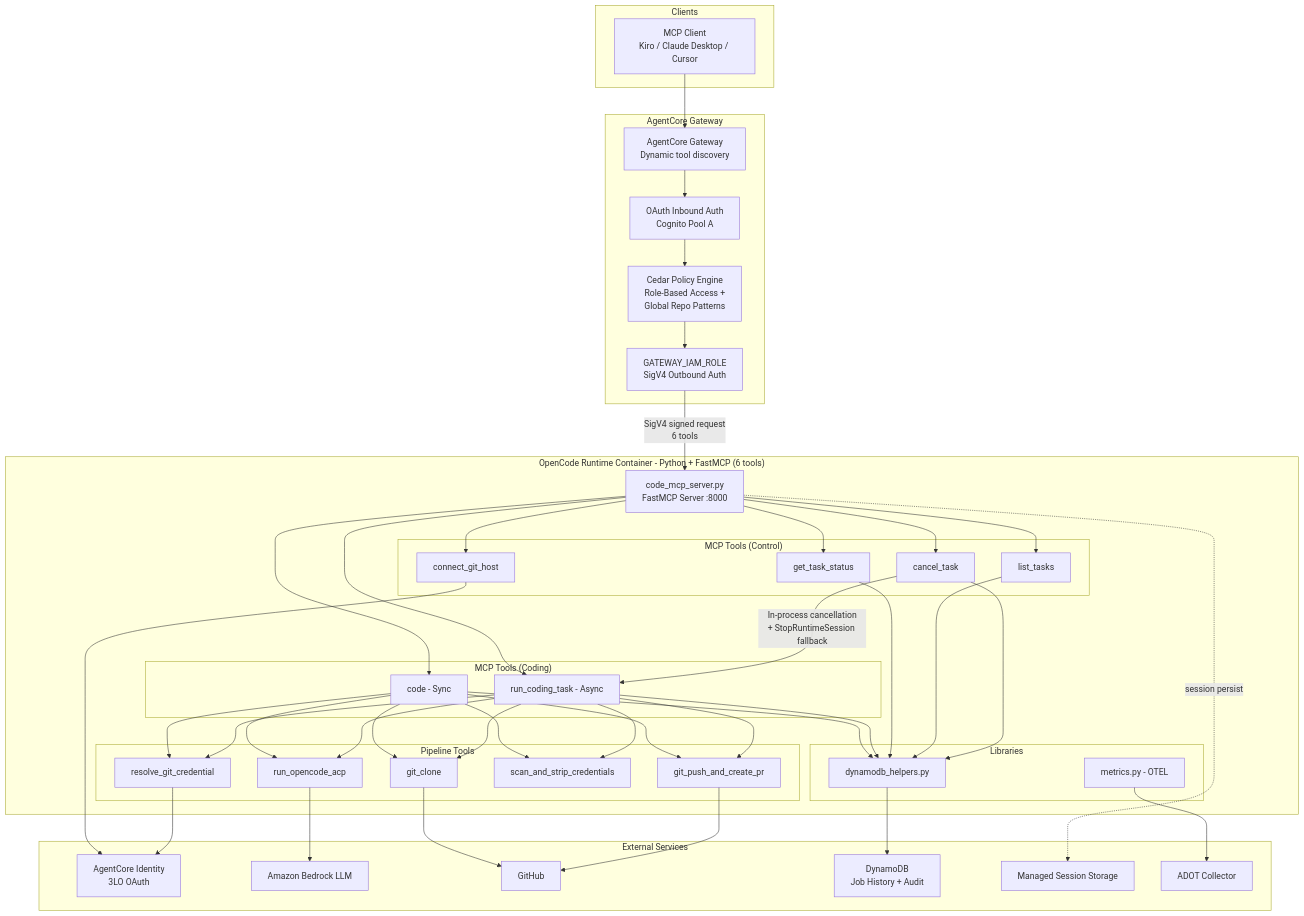
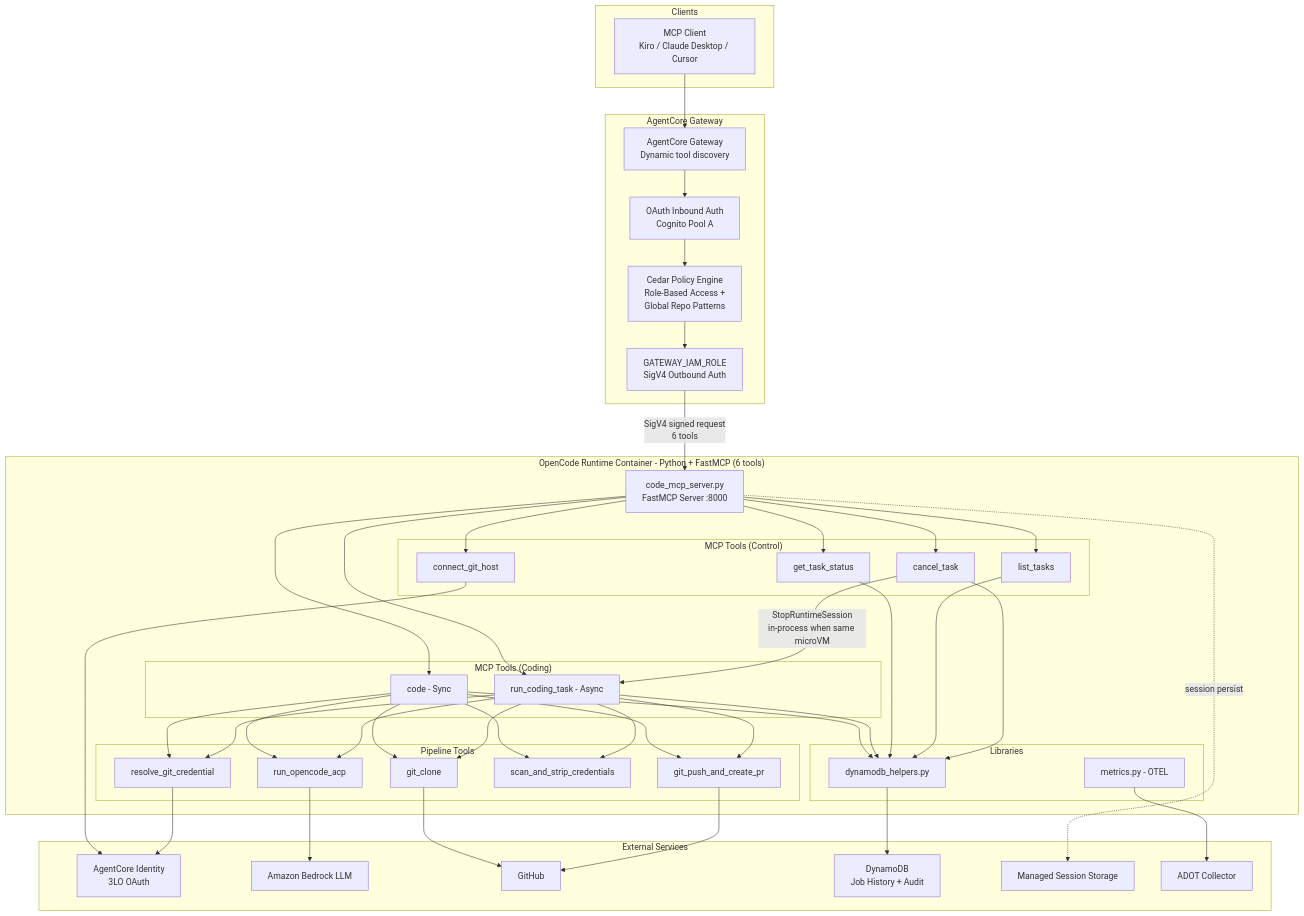
One commit to aws-samples/sample-opencode-on-amazon-bedrock-agentcore changed the diagram in README.md. Above: the diagram before and after it, drawn with Mermaid. The commit also changed other lines of this file and 97 other files, not shown here.

First line of the commit message:
Consolidate stacks, harden pipeline, fix cancel/async/ACP bugs, update docs

```diff
--- a/README.md
+++ b/README.md
@@ -91,7 +91,7 @@
         T_STATUS --> LIB_DDB
         T_LIST --> LIB_DDB
         T_CANCEL --> LIB_DDB
-        T_CANCEL -->|In-process cancellation<br/>+ StopRuntimeSession fallback| T_ASYNC
+        T_CANCEL -->|StopRuntimeSession<br/>in-process when same microVM| T_ASYNC
     end
 
     subgraph "External Services"
```
